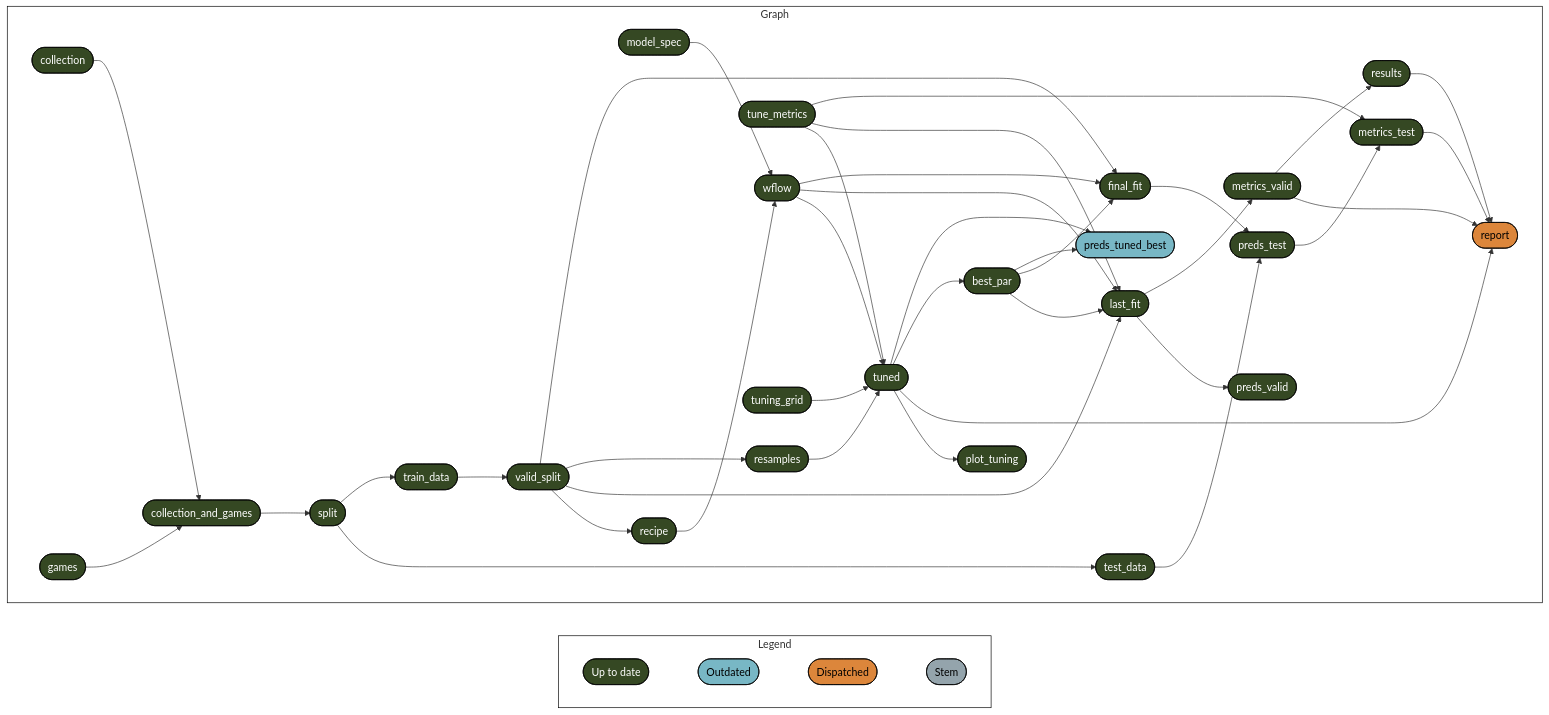
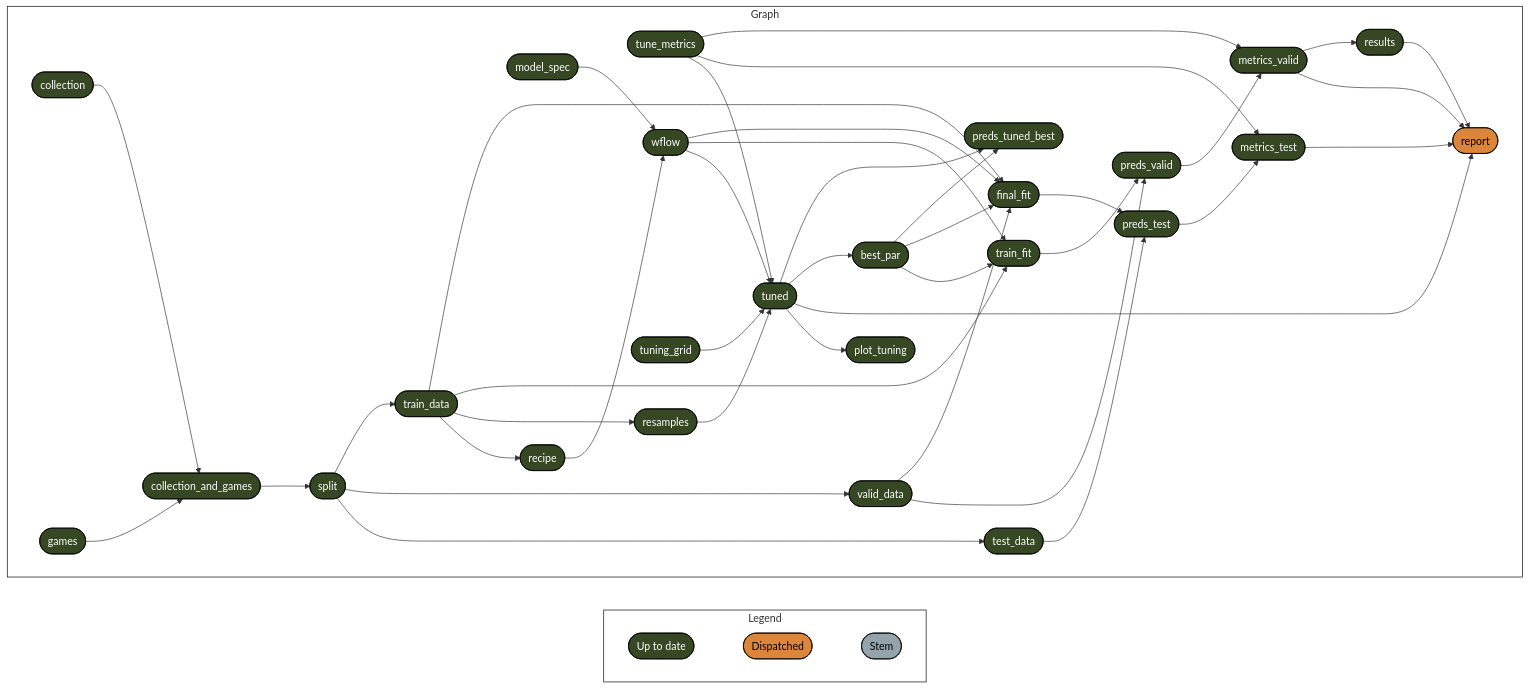
One commit to phenrickson/bgg_collections changed the diagram in targets-runs/report.md. Above: the diagram before and after it, drawn with Mermaid. The commit also changed other lines of this file and 7 other files, not shown here.

````diff
--- a/targets-runs/report.md
+++ b/targets-runs/report.md
@@ -7,57 +7,56 @@
 ``` mermaid
 graph LR
   style Legend fill:#FFFFFF00,stroke:#000000;
   style Graph fill:#FFFFFF00,stroke:#000000;
   subgraph Legend
     direction LR
-    xf1522833a4d242c5([""Up to date""]):::uptodate --- x2db1ec7a48f65a9b([""Outdated""]):::outdated
-    x2db1ec7a48f65a9b([""Outdated""]):::outdated --- xb6630624a7b3aa0f([""Dispatched""]):::dispatched
+    xf1522833a4d242c5([""Up to date""]):::uptodate --- xb6630624a7b3aa0f([""Dispatched""]):::dispatched
     xb6630624a7b3aa0f([""Dispatched""]):::dispatched --- xd03d7c7dd2ddda2b([""Stem""]):::none
   end
   subgraph Graph
     direction LR
     x88354a4a9990c907(["collection_and_games"]):::uptodate --> xe28457b7180d9865(["split"]):::uptodate
-    x50558fc6e6286095(["train_data"]):::uptodate --> x7c91a03970e15376(["valid_split"]):::uptodate
     xe28457b7180d9865(["split"]):::uptodate --> x50558fc6e6286095(["train_data"]):::uptodate
-    x6fb6138f75f217bd(["best_par"]):::uptodate --> xa43912232ee9e271(["preds_tuned_best"]):::outdated
-    x864ebfd4dc9e834b(["tuned"]):::uptodate --> xa43912232ee9e271(["preds_tuned_best"]):::outdated
-    x54b55582f34cd048(["last_fit"]):::uptodate --> x7523a0f48f305b50(["metrics_valid"]):::uptodate
+    x6fb6138f75f217bd(["best_par"]):::uptodate --> xa43912232ee9e271(["preds_tuned_best"]):::uptodate
+    x864ebfd4dc9e834b(["tuned"]):::uptodate --> xa43912232ee9e271(["preds_tuned_best"]):::uptodate
+    xe83778cac602c1f4(["preds_valid"]):::uptodate --> x7523a0f48f305b50(["metrics_valid"]):::uptodate
+    x5d0642e6ee71d657(["tune_metrics"]):::uptodate --> x7523a0f48f305b50(["metrics_valid"]):::uptodate
     x864ebfd4dc9e834b(["tuned"]):::uptodate --> x6fb6138f75f217bd(["best_par"]):::uptodate
+    xe28457b7180d9865(["split"]):::uptodate --> xc048e79f475294dc(["valid_data"]):::uptodate
     xcd8149c2b07551bf(["collection"]):::uptodate --> x88354a4a9990c907(["collection_and_games"]):::uptodate
     x574e5c623f867900(["games"]):::uptodate --> x88354a4a9990c907(["collection_and_games"]):::uptodate
     x6fb6138f75f217bd(["best_par"]):::uptodate --> x8a7f51ea03016762(["final_fit"]):::uptodate
-    x7c91a03970e15376(["valid_split"]):::uptodate --> x8a7f51ea03016762(["final_fit"]):::uptodate
+    x50558fc6e6286095(["train_data"]):::uptodate --> x8a7f51ea03016762(["final_fit"]):::uptodate
+    xc048e79f475294dc(["valid_data"]):::uptodate --> x8a7f51ea03016762(["final_fit"]):::uptodate
     x8c0a5b3d939d47ea(["wflow"]):::uptodate --> x8a7f51ea03016762(["final_fit"]):::uptodate
     x453d7e7e0805b06d(["model_spec"]):::uptodate --> x8c0a5b3d939d47ea(["wflow"]):::uptodate
     x004377234d3bacac(["recipe"]):::uptodate --> x8c0a5b3d939d47ea(["wflow"]):::uptodate
+    x6fb6138f75f217bd(["best_par"]):::uptodate --> xa0490811cd9f5ad9(["train_fit"]):::uptodate
+    x50558fc6e6286095(["train_data"]):::uptodate --> xa0490811cd9f5ad9(["train_fit"]):::uptodate
+    x8c0a5b3d939d47ea(["wflow"]):::uptodate --> xa0490811cd9f5ad9(["train_fit"]):::uptodate
     x7f453562c3005740(["preds_test"]):::uptodate --> xef8327747f7d2bc8(["metrics_test"]):::uptodate
     x5d0642e6ee71d657(["tune_metrics"]):::uptodate --> xef8327747f7d2bc8(["metrics_test"]):::uptodate
     x7523a0f48f305b50(["metrics_valid"]):::uptodate --> xcefe76d3b82ee85b(["results"]):::uptodate
     xe28457b7180d9865(["split"]):::uptodate --> xbb782543df7528d1(["test_data"]):::uptodate
     xef8327747f7d2bc8(["metrics_test"]):::uptodate --> xb72891f20a5b8df1(["report"]):::dispatched
     x7523a0f48f305b50(["metrics_valid"]):::uptodate --> xb72891f20a5b8df1(["report"]):::dispatched
     xcefe76d3b82ee85b(["results"]):::uptodate --> xb72891f20a5b8df1(["report"]):::dispatched
     x864ebfd4dc9e834b(["tuned"]):::uptodate --> xb72891f20a5b8df1(["report"]):::dispatched
     x8a7f51ea03016762(["final_fit"]):::uptodate --> x7f453562c3005740(["preds_test"]):::uptodate
     xbb782543df7528d1(["test_data"]):::uptodate --> x7f453562c3005740(["preds_test"]):::uptodate
     x864ebfd4dc9e834b(["tuned"]):::uptodate --> x386eba9038421de8(["plot_tuning"]):::uptodate
-    x54b55582f34cd048(["last_fit"]):::uptodate --> xe83778cac602c1f4(["preds_valid"]):::uptodate
-    x7c91a03970e15376(["valid_split"]):::uptodate --> x6a38faa6025f40e0(["resamples"]):::uptodate
-    x6fb6138f75f217bd(["best_par"]):::uptodate --> x54b55582f34cd048(["last_fit"]):::uptodate
-    x5d0642e6ee71d657(["tune_metrics"]):::uptodate --> x54b55582f34cd048(["last_fit"]):::uptodate
-    x7c91a03970e15376(["valid_split"]):::uptodate --> x54b55582f34cd048(["last_fit"]):::uptodate
-    x8c0a5b3d939d47ea(["wflow"]):::uptodate --> x54b55582f34cd048(["last_fit"]):::uptodate
-    x7c91a03970e15376(["valid_split"]):::uptodate --> x004377234d3bacac(["recipe"]):::uptodate
+    xa0490811cd9f5ad9(["train_fit"]):::uptodate --> xe83778cac602c1f4(["preds_valid"]):::uptodate
+    xc048e79f475294dc(["valid_data"]):::uptodate --> xe83778cac602c1f4(["preds_valid"]):::uptodate
+    x50558fc6e6286095(["train_data"]):::uptodate --> x6a38faa6025f40e0(["resamples"]):::uptodate
+    x50558fc6e6286095(["train_data"]):::uptodate --> x004377234d3bacac(["recipe"]):::uptodate
     x6a38faa6025f40e0(["resamples"]):::uptodate --> x864ebfd4dc9e834b(["tuned"]):::uptodate
     x5d0642e6ee71d657(["tune_metrics"]):::uptodate --> x864ebfd4dc9e834b(["tuned"]):::uptodate
     x6337128dbe1a467a(["tuning_grid"]):::uptodate --> x864ebfd4dc9e834b(["tuned"]):::uptodate
     x8c0a5b3d939d47ea(["wflow"]):::uptodate --> x864ebfd4dc9e834b(["tuned"]):::uptodate
   end
   classDef uptodate stroke:#000000,color:#ffffff,fill:#354823;
-  classDef outdated stroke:#000000,color:#000000,fill:#78B7C5;
   classDef dispatched stroke:#000000,color:#000000,fill:#DC863B;
   classDef none stroke:#000000,color:#000000,fill:#94a4ac;
   linkStyle 0 stroke-width:0px;
   linkStyle 1 stroke-width:0px;
-  linkStyle 2 stroke-width:0px;
 ```
````
